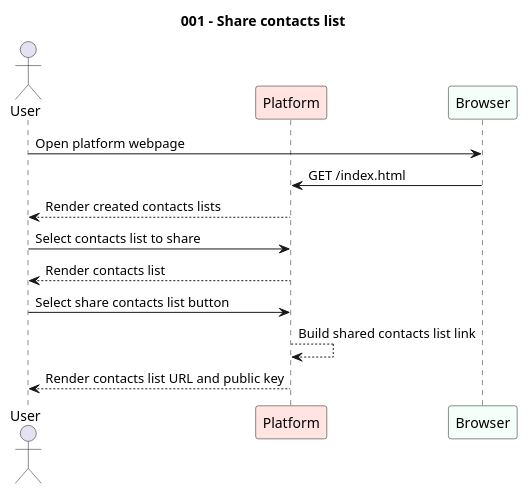
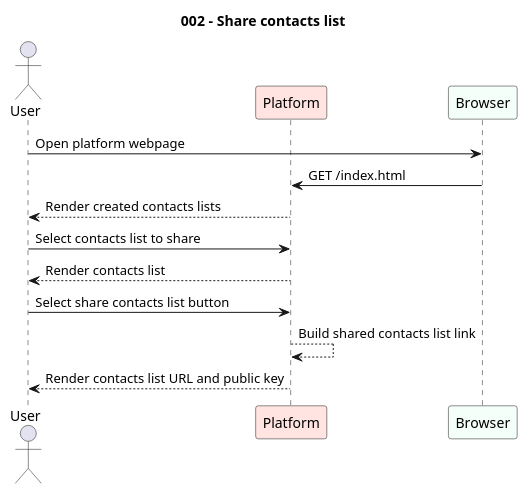
One commit to paginas-secretas/docs changed the diagram in src/usecases/puml/002-share-contacts-list.puml. Above: the diagram before and after it, drawn with PlantUML.

Commit message:
fix: title of use case 002

```diff
--- a/src/usecases/puml/002-share-contacts-list.puml
+++ b/src/usecases/puml/002-share-contacts-list.puml
@@ -1,20 +1,20 @@
 @startuml 002-share-contacts-list
 
-title "001 - Share contacts list"
+title "002 - Share contacts list"
 
 actor User
 participant "Platform" as PL #MistyRose
 participant Browser #MintCream
 
 User -> Browser : Open platform webpage
 Browser -> PL : GET /index.html
 PL --> User: Render created contacts lists
 
 User -> PL: Select contacts list to share
 PL --> User: Render contacts list
 
 User -> PL: Select share contacts list button
 PL --> PL: Build shared contacts list link
 PL --> User: Render contacts list URL and public key
 
 @enduml
```
